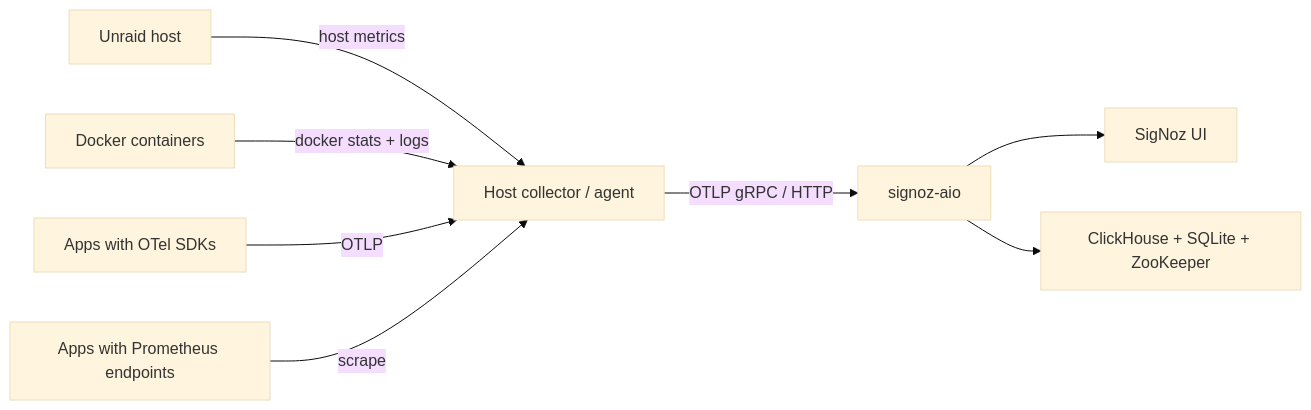
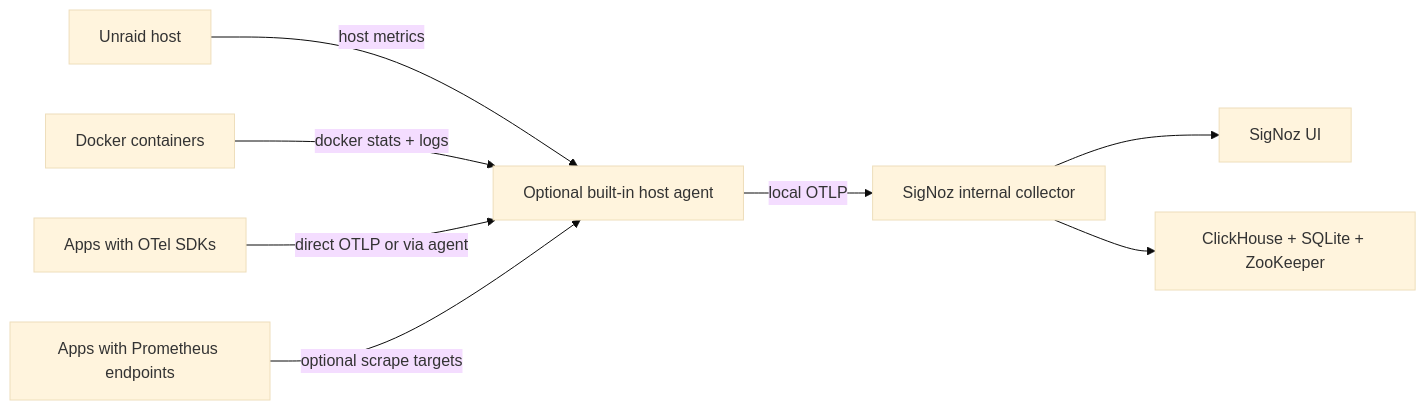
One commit to JSONbored/signoz-aio changed the second of 2 diagrams in README.md. Above: the diagram before and after it, drawn with Mermaid (base theme). The commit also changed other lines of this file and 5 other files, not shown here.

Commit message:
Add optional built-in local host agent

````diff
--- a/README.md
+++ b/README.md
@@ -107,10 +107,10 @@
 ```mermaid
 flowchart LR
-    A["Unraid host"] -->|"host metrics"| B["Host collector / agent"]
+    A["Unraid host"] -->|"host metrics"| B["Optional built-in host agent"]
     C["Docker containers"] -->|"docker stats + logs"| B
-    D["Apps with OTel SDKs"] -->|"OTLP"| B
-    E["Apps with Prometheus endpoints"] -->|"scrape"| B
-    B -->|"OTLP gRPC / HTTP"| F["signoz-aio"]
+    D["Apps with OTel SDKs"] -->|"direct OTLP or via agent"| B
+    E["Apps with Prometheus endpoints"] -->|"optional scrape targets"| B
+    B -->|"local OTLP"| F["SigNoz internal collector"]
     F --> G["SigNoz UI"]
     F --> H["ClickHouse + SQLite + ZooKeeper"]
 ```
````
